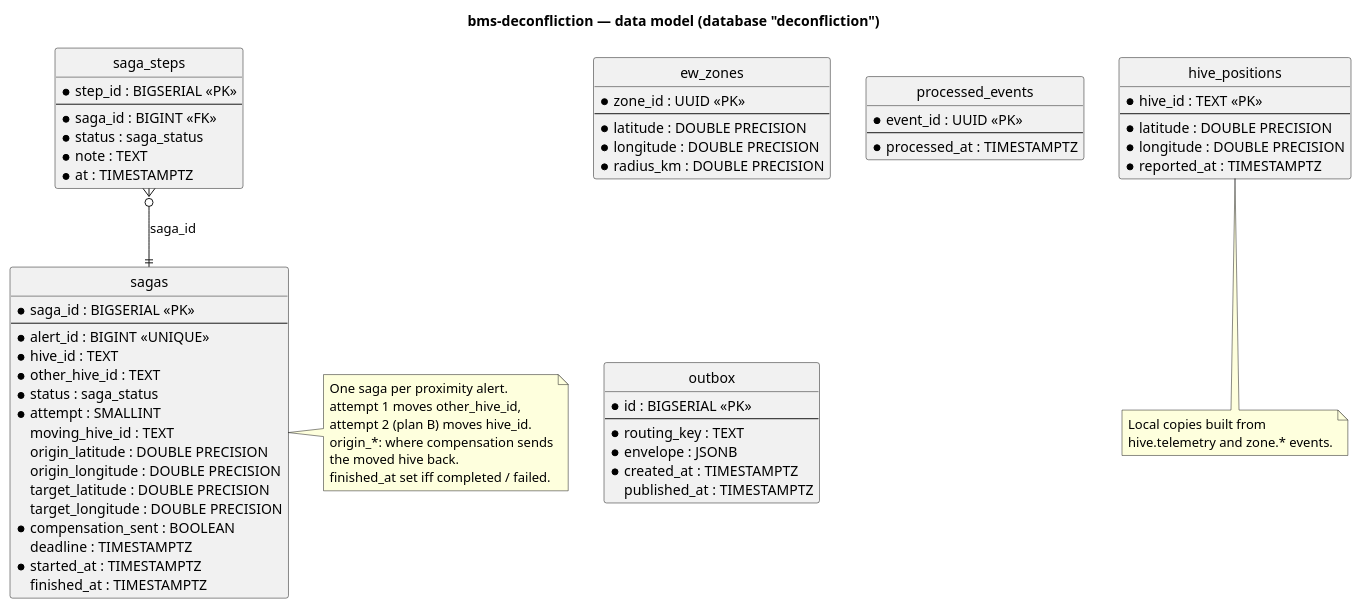
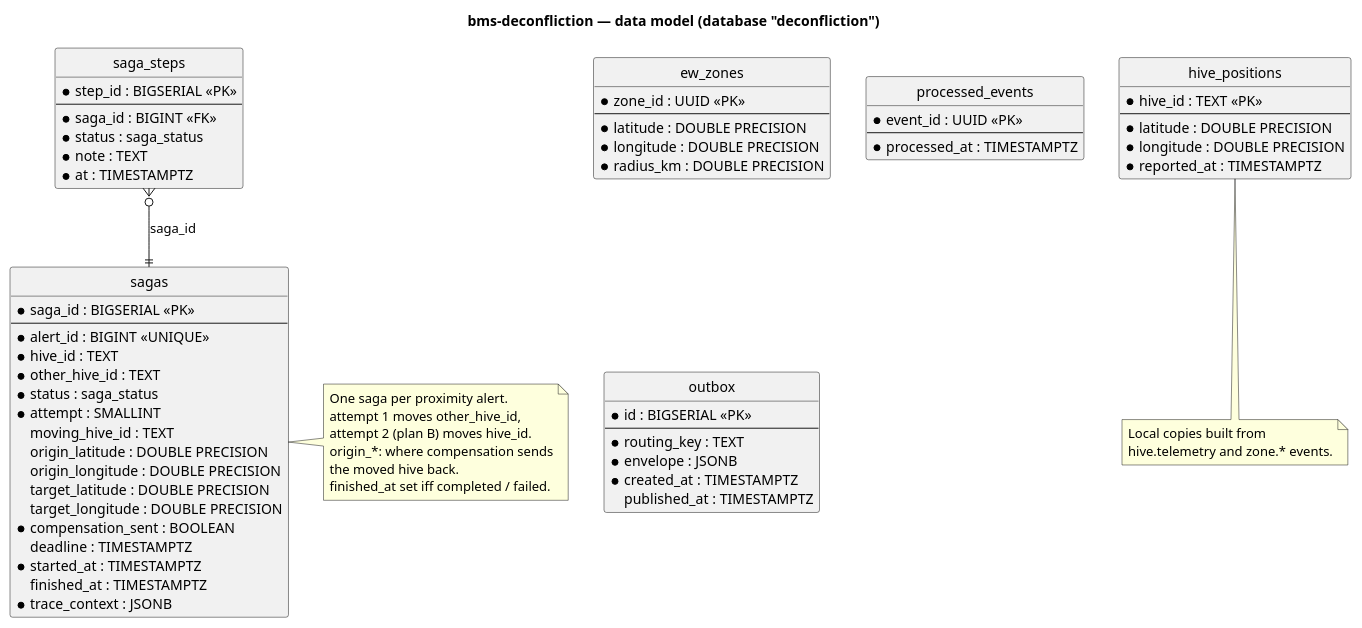
The diagram in docs/diagrams/plantuml/er-deconfliction.puml (xairaven/KPI-DDS), drawn with PlantUML before and after one commit. The commit also changed 3 other files, not shown here.

Commit message:
(Docs) Feat: README with architecture, running and configuration

```diff
--- a/docs/diagrams/plantuml/er-deconfliction.puml
+++ b/docs/diagrams/plantuml/er-deconfliction.puml
@@ -1,83 +1,84 @@
 @startuml er-deconfliction
 title bms-deconfliction — data model (database "deconfliction")
 
 skinparam shadowing false
 skinparam defaultFontName Sans
 hide circle
 hide methods
 
 entity "sagas" as sagas {
   * saga_id : BIGSERIAL <<PK>>
   --
   * alert_id : BIGINT <<UNIQUE>>
   * hive_id : TEXT
   * other_hive_id : TEXT
   * status : saga_status
   * attempt : SMALLINT
     moving_hive_id : TEXT
     origin_latitude : DOUBLE PRECISION
     origin_longitude : DOUBLE PRECISION
     target_latitude : DOUBLE PRECISION
     target_longitude : DOUBLE PRECISION
   * compensation_sent : BOOLEAN
     deadline : TIMESTAMPTZ
   * started_at : TIMESTAMPTZ
     finished_at : TIMESTAMPTZ
+  * trace_context : JSONB
 }
 
 entity "saga_steps" as steps {
   * step_id : BIGSERIAL <<PK>>
   --
   * saga_id : BIGINT <<FK>>
   * status : saga_status
   * note : TEXT
   * at : TIMESTAMPTZ
 }
 
 entity "hive_positions" as positions {
   * hive_id : TEXT <<PK>>
   --
   * latitude : DOUBLE PRECISION
   * longitude : DOUBLE PRECISION
   * reported_at : TIMESTAMPTZ
 }
 
 entity "ew_zones" as zones {
   * zone_id : UUID <<PK>>
   --
   * latitude : DOUBLE PRECISION
   * longitude : DOUBLE PRECISION
   * radius_km : DOUBLE PRECISION
 }
 
 entity "processed_events" as processed {
   * event_id : UUID <<PK>>
   --
   * processed_at : TIMESTAMPTZ
 }
 
 entity "outbox" as outbox {
   * id : BIGSERIAL <<PK>>
   --
   * routing_key : TEXT
   * envelope : JSONB
   * created_at : TIMESTAMPTZ
     published_at : TIMESTAMPTZ
 }
 
 steps }o--|| sagas : saga_id
 
 note right of sagas
   One saga per proximity alert.
   attempt 1 moves other_hive_id,
   attempt 2 (plan B) moves hive_id.
   origin_*: where compensation sends
   the moved hive back.
   finished_at set iff completed / failed.
 end note
 
 note bottom of positions
   Local copies built from
   hive.telemetry and zone.* events.
 end note
 @enduml
```
